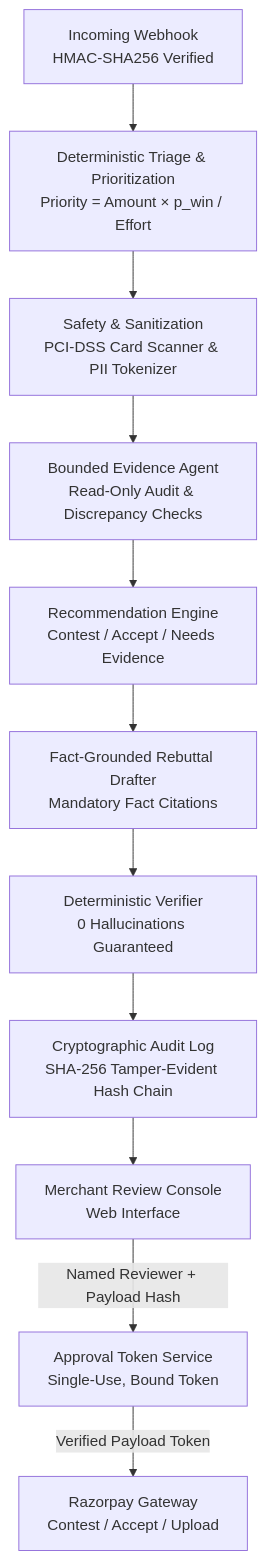
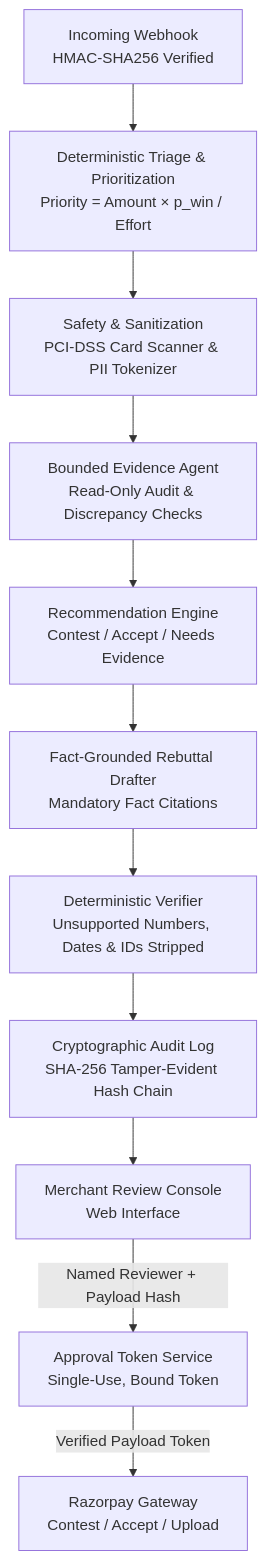
Before and after one commit to karthickvel123/disputepilot: the diagram in README.md, drawn with Mermaid. The commit also changed other lines of this file and 10 other files, not shown here.

````diff
--- a/README.md
+++ b/README.md
@@ -58,13 +58,13 @@
 ```mermaid
 flowchart TD
     WH[Incoming Webhook<br/>HMAC-SHA256 Verified] --> TR[Deterministic Triage & Prioritization<br/>Priority = Amount × p_win / Effort]
     TR --> SAN[Safety & Sanitization<br/>PCI-DSS Card Scanner & PII Tokenizer]
     SAN --> AG[Bounded Evidence Agent<br/>Read-Only Audit & Discrepancy Checks]
     AG --> REC[Recommendation Engine<br/>Contest / Accept / Needs Evidence]
     REC --> DFT[Fact-Grounded Rebuttal Drafter<br/>Mandatory Fact Citations]
-    DFT --> VRF[Deterministic Verifier<br/>0 Hallucinations Guaranteed]
+    DFT --> VRF[Deterministic Verifier<br/>Unsupported Numbers, Dates & IDs Stripped]
     VRF --> AUD[Cryptographic Audit Log<br/>SHA-256 Tamper-Evident Hash Chain]
     AUD --> UI[Merchant Review Console<br/>Web Interface]
     UI -->|Named Reviewer + Payload Hash| APPR[Approval Token Service<br/>Single-Use, Bound Token]
     APPR -->|Verified Payload Token| GW[Razorpay Gateway<br/>Contest / Accept / Upload]
 ```
````
